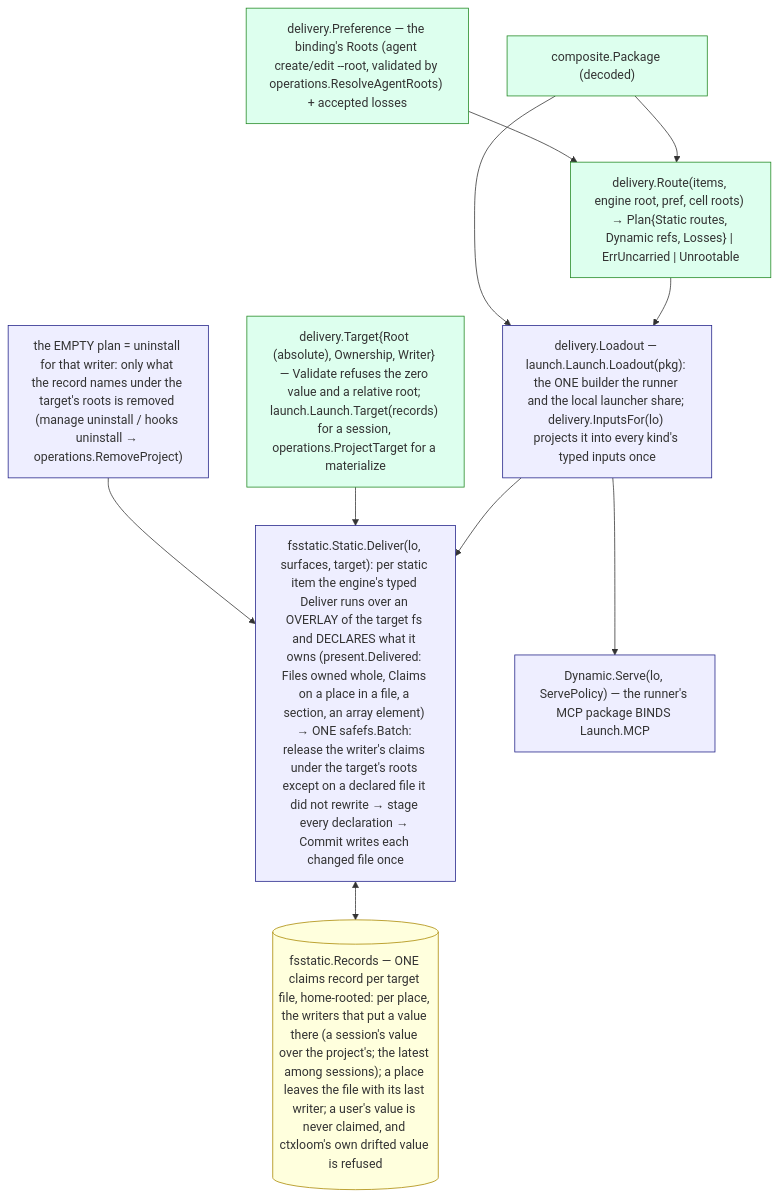
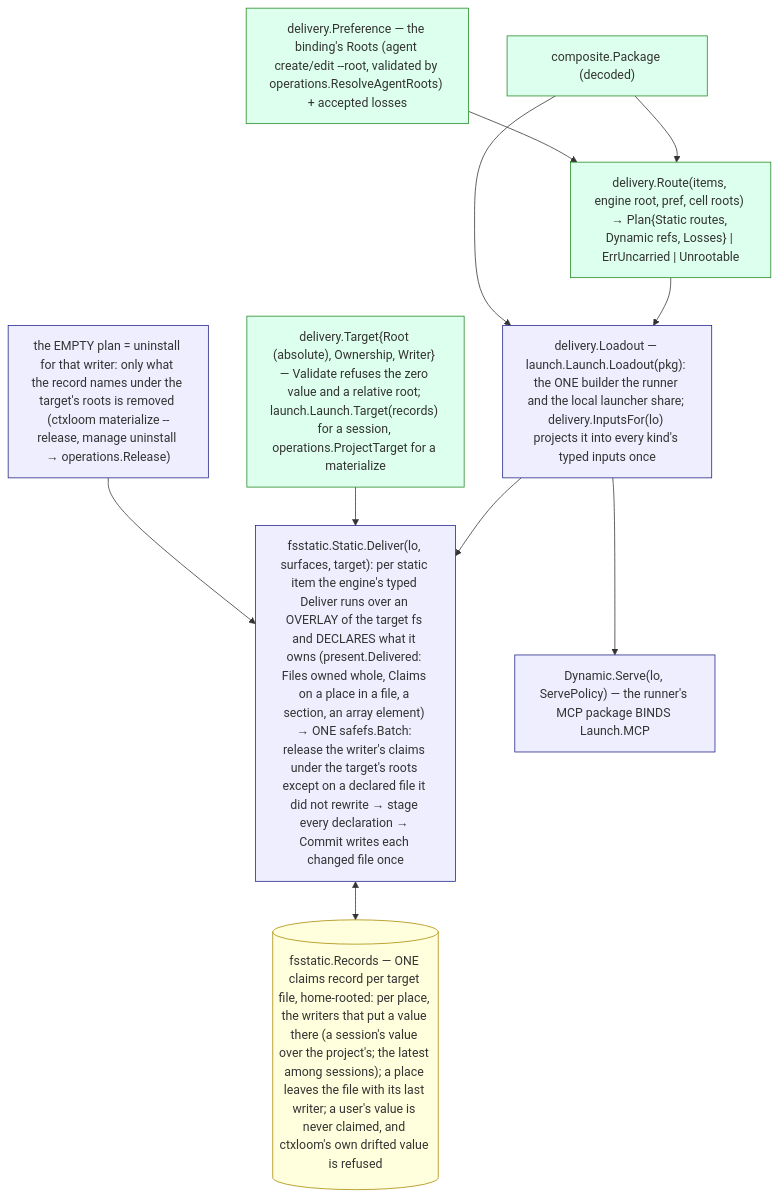
One commit to ctxloom/ctxloom changed the diagram in docs/architecture/core/delivery.md. Above: the diagram before and after it, drawn with Mermaid. The commit also changed other lines of this file and 6 other files, not shown here.

First line of the commit message:
materialize: S8: document ctxloom materialize, per-kind writers and the placement core

````diff
--- a/docs/architecture/core/delivery.md
+++ b/docs/architecture/core/delivery.md
@@ -12,26 +12,26 @@
 ```mermaid
 flowchart TB
     classDef decide fill:#dfe,stroke:#282
     classDef consume fill:#eef,stroke:#228
     classDef store fill:#ffd,stroke:#a80
 
     PKG["composite.Package (decoded)"]:::decide
     PREF["delivery.Preference — the binding's Roots (agent create/edit --root, validated by operations.ResolveAgentRoots) + accepted losses"]:::decide
     ROUTE["delivery.Route(items, engine root, pref, cell roots) → Plan{Static routes, Dynamic refs, Losses} | ErrUncarried | Unrootable"]:::decide
     LO["delivery.Loadout — launch.Launch.Loadout(pkg): the ONE builder the runner and the local launcher share; delivery.InputsFor(lo) projects it into every kind's typed inputs once"]:::consume
     TGT["delivery.Target{Root (absolute), Ownership, Writer} — Validate refuses the zero value and a relative root; launch.Launch.Target(records) for a session, operations.ProjectTarget for a materialize"]:::decide
     STATIC["fsstatic.Static.Deliver(lo, surfaces, target): per static item the engine's typed Deliver runs over an OVERLAY of the target fs and DECLARES what it owns (present.Delivered: Files owned whole, Claims on a place in a file, a section, an array element) → ONE safefs.Batch: release the writer's claims under the target's roots except on a declared file it did not rewrite → stage every declaration → Commit writes each changed file once"]:::consume
     REC[("fsstatic.Records — ONE claims record per target file, home-rooted: per place, the writers that put a value there (a session's value over the project's; the latest among sessions); a place leaves the file with its last writer; a user's value is never claimed, and ctxloom's own drifted value is refused")]:::store
     DYN["Dynamic.Serve(lo, ServePolicy) — the runner's MCP package BINDS Launch.MCP"]:::consume
-    EMPTY["the EMPTY plan = uninstall for that writer: only what the record names under the target's roots is removed (manage uninstall / hooks uninstall → operations.RemoveProject)"]:::consume
+    EMPTY["the EMPTY plan = uninstall for that writer: only what the record names under the target's roots is removed (ctxloom materialize --release, manage uninstall → operations.Release)"]:::consume
 
     PKG --> ROUTE
     PREF --> ROUTE
     ROUTE --> LO
     PKG --> LO
     LO --> STATIC
     TGT --> STATIC
     STATIC <--> REC
     LO --> DYN
     EMPTY --> STATIC
 ```
````
